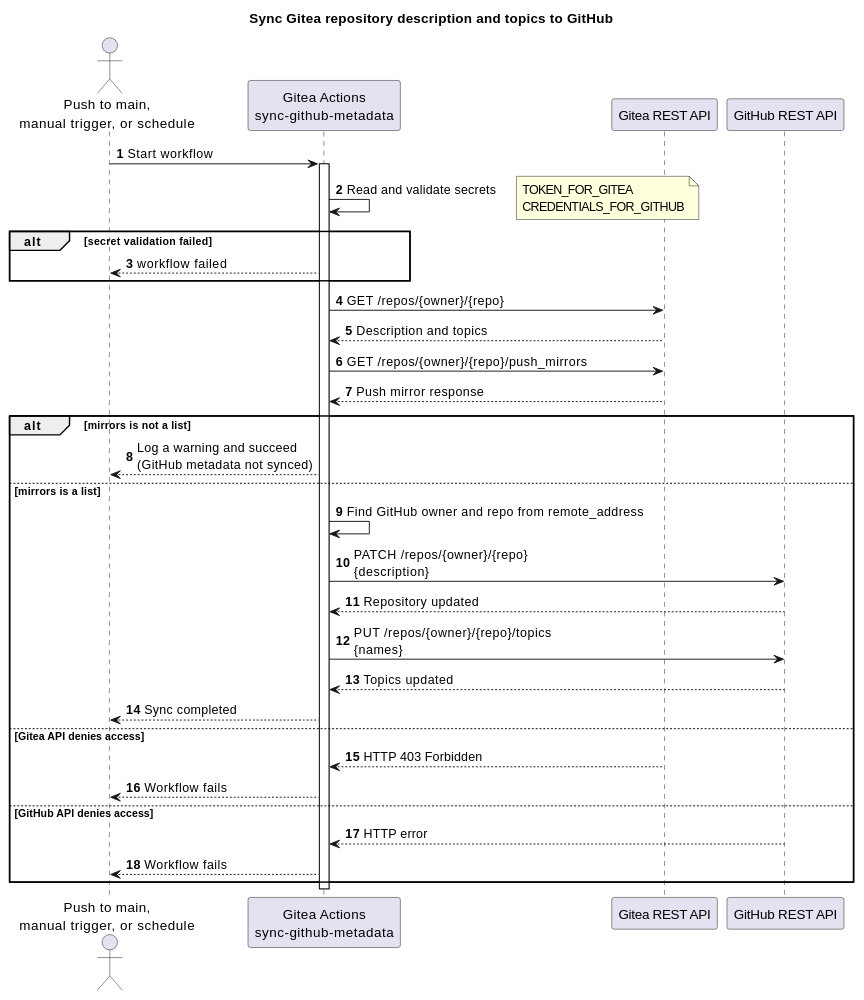
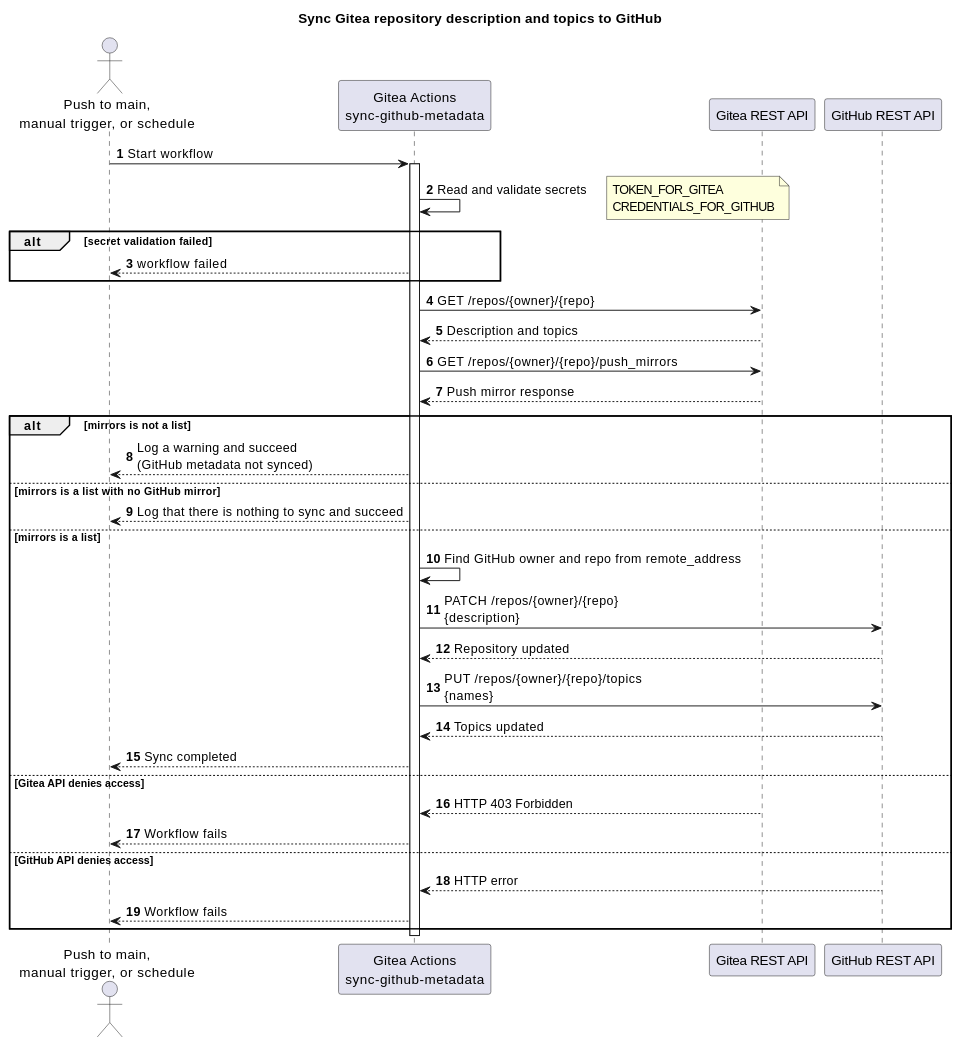
The diagram in README.md (TirSystem/git-workflows), drawn with PlantUML before and after one commit. The commit also changed other lines of this file and 8 other files, not shown here.

First line of the commit message:
Skip metadata sync successfully when no GitHub mirror exists

````diff
--- a/README.md
+++ b/README.md
@@ -81,53 +81,55 @@
 ```plantuml
 @startuml
 title Sync Gitea repository description and topics to GitHub
 
 autonumber
 
 actor "Push to main,\nmanual trigger, or schedule" as Trigger
 participant "Gitea Actions\nsync-github-metadata" as Workflow
 participant "Gitea REST API" as Gitea
 participant "GitHub REST API" as GitHub
 
 Trigger -> Workflow: Start workflow
 activate Workflow
 
 Workflow -> Workflow: Read and validate secrets
 note right
 TOKEN_FOR_GITEA
 CREDENTIALS_FOR_GITHUB
 end note
 
 alt secret validation failed
   Workflow --> Trigger: workflow failed
 end
 
 
 Workflow -> Gitea: GET /repos/{owner}/{repo}
 Gitea --> Workflow: Description and topics
 
 Workflow -> Gitea: GET /repos/{owner}/{repo}/push_mirrors
 Gitea --> Workflow: Push mirror response
 
 alt mirrors is not a list
     Workflow --> Trigger: Log a warning and succeed\n(GitHub metadata not synced)
+else mirrors is a list with no GitHub mirror
+    Workflow --> Trigger: Log that there is nothing to sync and succeed
 else mirrors is a list
     Workflow -> Workflow: Find GitHub owner and repo from remote_address
 
     Workflow -> GitHub: PATCH /repos/{owner}/{repo}\n{description}
     GitHub --> Workflow: Repository updated
 
     Workflow -> GitHub: PUT /repos/{owner}/{repo}/topics\n{names}
     GitHub --> Workflow: Topics updated
 
     Workflow --> Trigger: Sync completed
 else Gitea API denies access
     Gitea --> Workflow: HTTP 403 Forbidden
     Workflow --> Trigger: Workflow fails
 else GitHub API denies access
     GitHub --> Workflow: HTTP error
     Workflow --> Trigger: Workflow fails
 end
 deactivate Workflow
 @enduml
 ```
````
